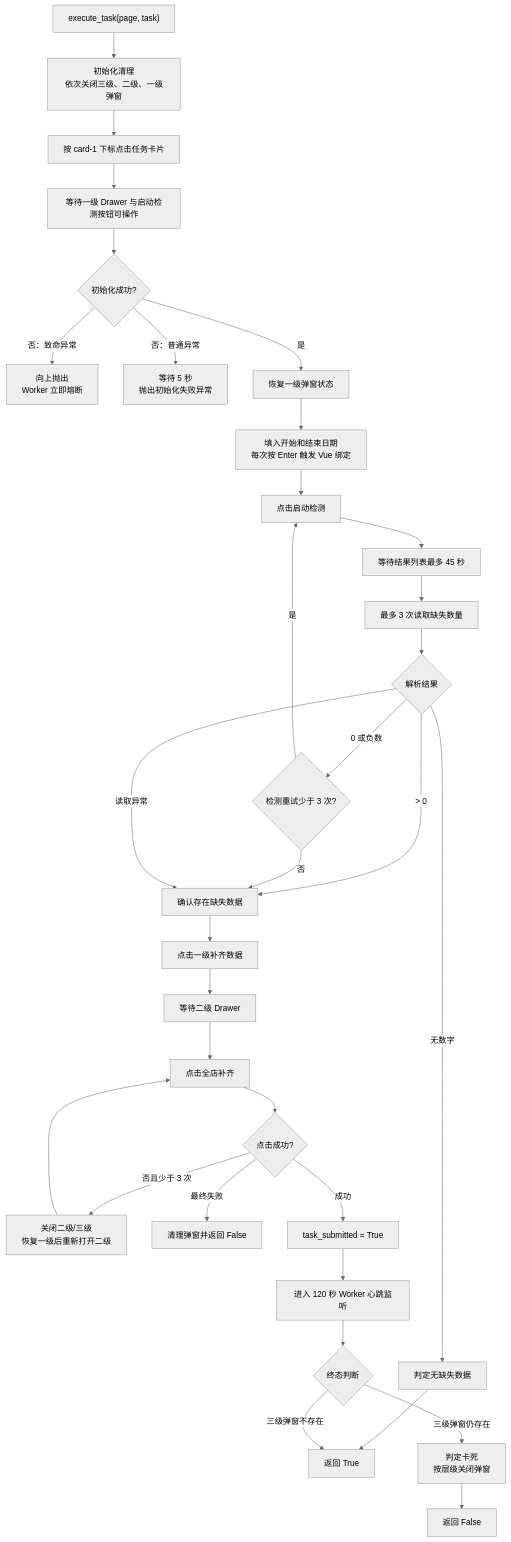
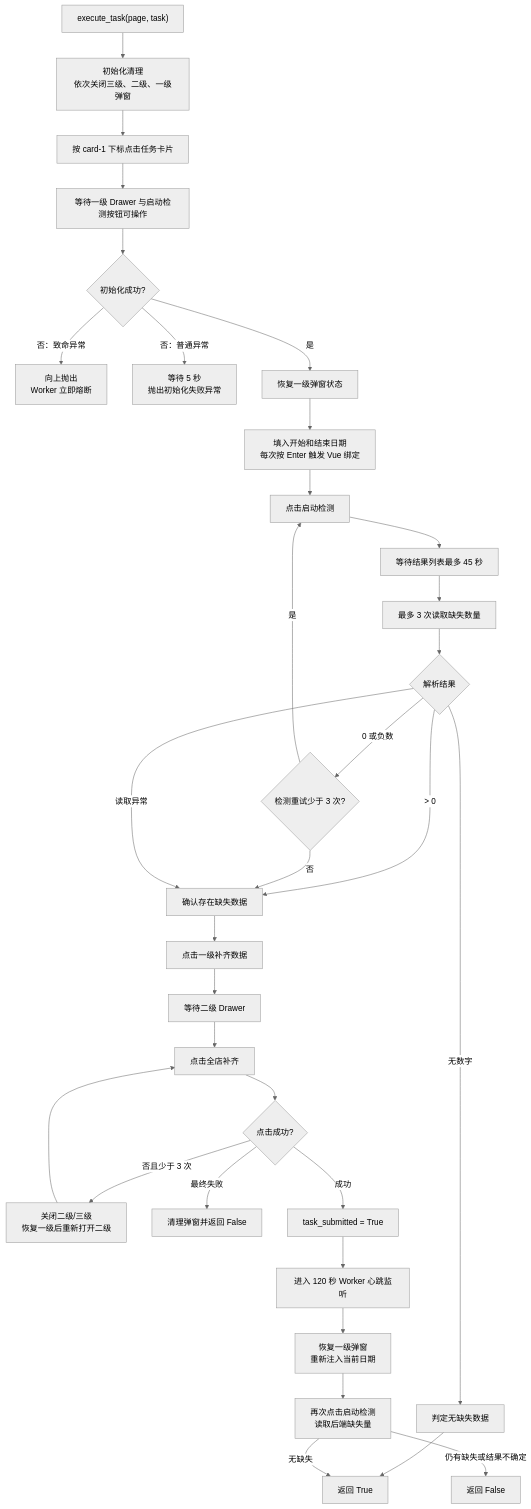
Before and after one commit to liao084/BitBrowser-Backfill-Engine: the eighth of 15 diagrams in ARCHITECTURE.md, drawn with Mermaid (neutral theme). The commit also changed other lines of this file and 8 other files, not shown here.

````diff
--- a/ARCHITECTURE.md
+++ b/ARCHITECTURE.md
@@ -277,35 +277,35 @@
 ```mermaid
 flowchart TD
     Start["execute_task(page, task)"] --> Init["初始化清理<br/>依次关闭三级、二级、一级弹窗"]
     Init --> OpenCard["按 card-1 下标点击任务卡片"]
     OpenCard --> Primary["等待一级 Drawer 与启动检测按钮可操作"]
     Primary --> InitOK{"初始化成功?"}
     InitOK -->|"否：致命异常"| Fatal["向上抛出<br/>Worker 立即熔断"]
     InitOK -->|"否：普通异常"| InitError["等待 5 秒<br/>抛出初始化失败异常"]
     InitOK -->|"是"| Restore["恢复一级弹窗状态"]
     Restore --> Dates["填入开始和结束日期<br/>每次按 Enter 触发 Vue 绑定"]
     Dates --> Detect["点击启动检测"]
     Detect --> Result["等待结果列表最多 45 秒"]
     Result --> Read["最多 3 次读取缺失数量"]
     Read --> Missing{"解析结果"}
     Missing -->|"无数字"| NoMissing["判定无缺失数据"]
     Missing -->|"> 0"| NeedFill["确认存在缺失数据"]
     Missing -->|"0 或负数"| RetryDetect{"检测重试少于 3 次?"}
     RetryDetect -->|"是"| Detect
     RetryDetect -->|"否"| NeedFill
     Missing -->|"读取异常"| NeedFill
     NoMissing --> Success["返回 True"]
     NeedFill --> Backfill["点击一级补齐数据"]
     Backfill --> Secondary["等待二级 Drawer"]
     Secondary --> Whole["点击全店补齐"]
     Whole --> ClickOK{"点击成功?"}
     ClickOK -->|"否且少于 3 次"| Recover["关闭二级/三级<br/>恢复一级后重新打开二级"]
     Recover --> Whole
     ClickOK -->|"最终失败"| SubmitFail["清理弹窗并返回 False"]
     ClickOK -->|"成功"| Submitted["task_submitted = True"]
     Submitted --> Heartbeat["进入 120 秒 Worker 心跳监听"]
-    Heartbeat --> Final{"终态判断"}
-    Final -->|"三级弹窗不存在"| Success
-    Final -->|"三级弹窗仍存在"| Stuck["判定卡死<br/>按层级关闭弹窗"]
-    Stuck --> Failed["返回 False"]
+    Heartbeat --> FinalRestore["恢复一级弹窗<br/>重新注入当前日期"]
+    FinalRestore --> FinalDetect["再次点击启动检测<br/>读取后端缺失量"]
+    FinalDetect -->|"无缺失"| Success
+    FinalDetect -->|"仍有缺失或结果不确定"| Failed["返回 False"]
 ```
````
